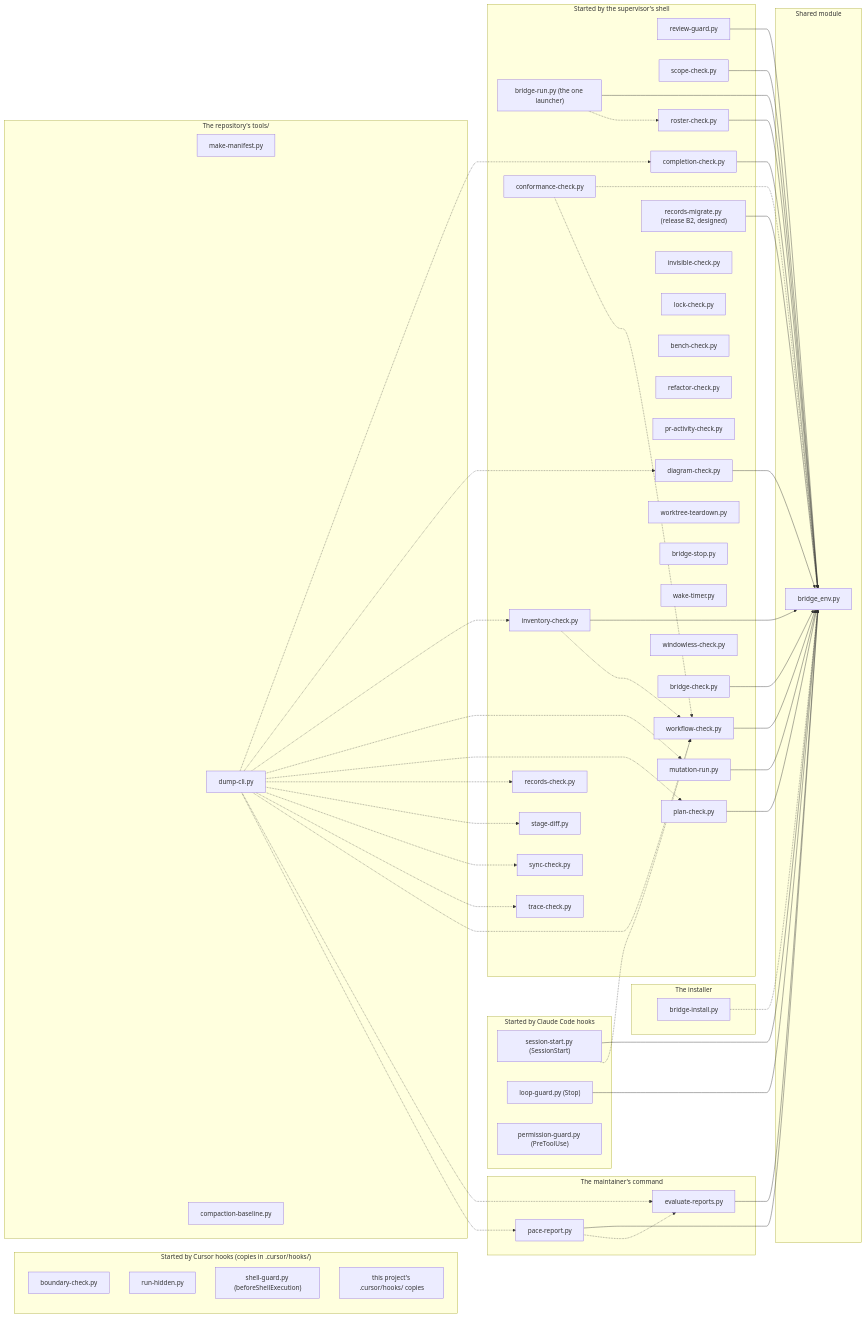
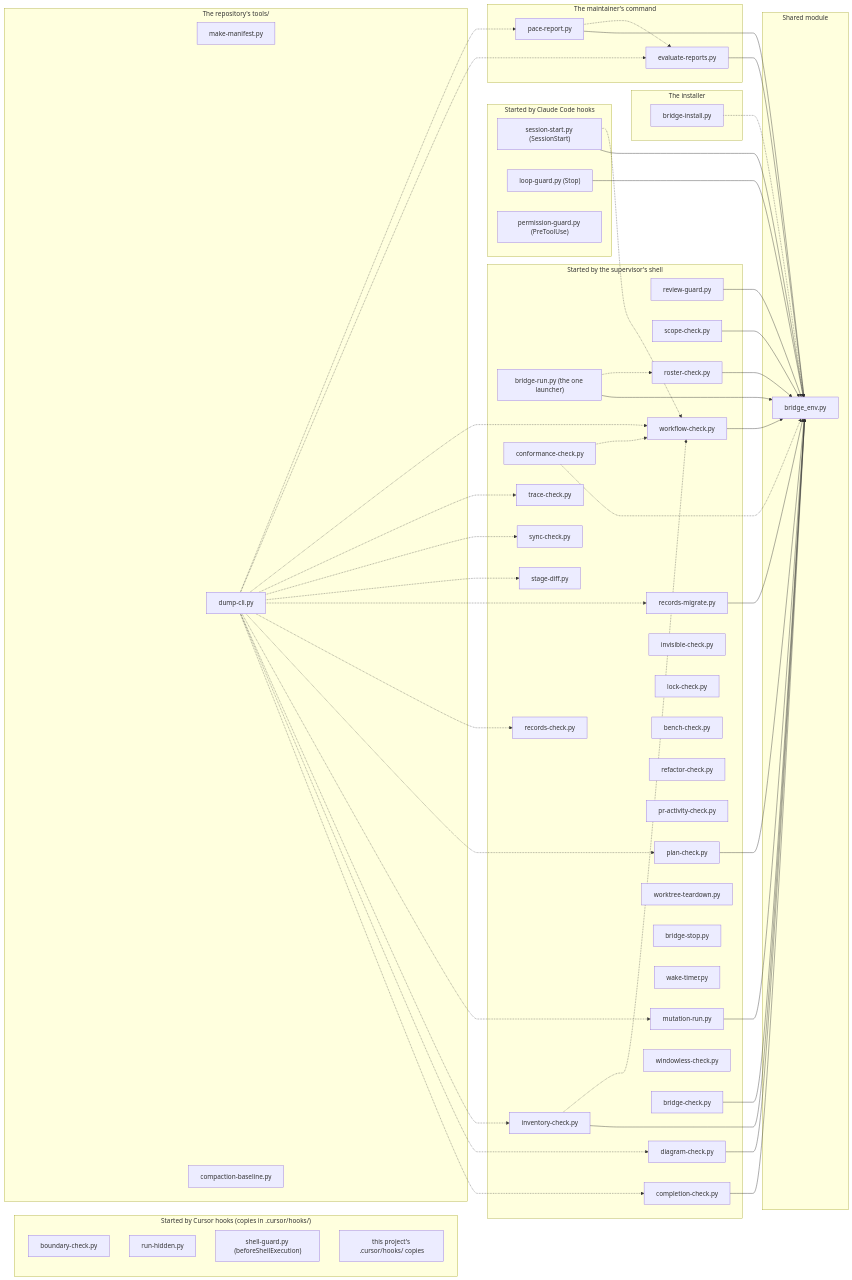
The diagram in docs/diagrams/D-002-components.md (latentfoundrycode/p18-claude-cursor-bridge), drawn with Mermaid before and after one commit. The commit also changed other lines of this file and 20 other files, not shown here.

First line of the commit message:
TASK-051: records-migrate.py, R-062's program, the migration that writes each record's header (R-062) (#146)

```diff
--- a/docs/diagrams/D-002-components.md
+++ b/docs/diagrams/D-002-components.md
@@ -84,7 +84,7 @@
         workflow_check["workflow-check.py"]
         trace_check["trace-check.py"]
         records_check["records-check.py"]
-        records_migrate["records-migrate.py (release B2, designed)"]
+        records_migrate["records-migrate.py"]
         stage_diff["stage-diff.py"]
         invisible_check["invisible-check.py"]
         lock_check["lock-check.py"]
@@ -164,6 +164,7 @@
     dump_cli -.-> mutation_run
     dump_cli -.-> plan_check
     dump_cli -.-> records_check
+    dump_cli -.-> records_migrate
     dump_cli -.-> stage_diff
     dump_cli -.-> sync_check
     dump_cli -.-> trace_check
```
